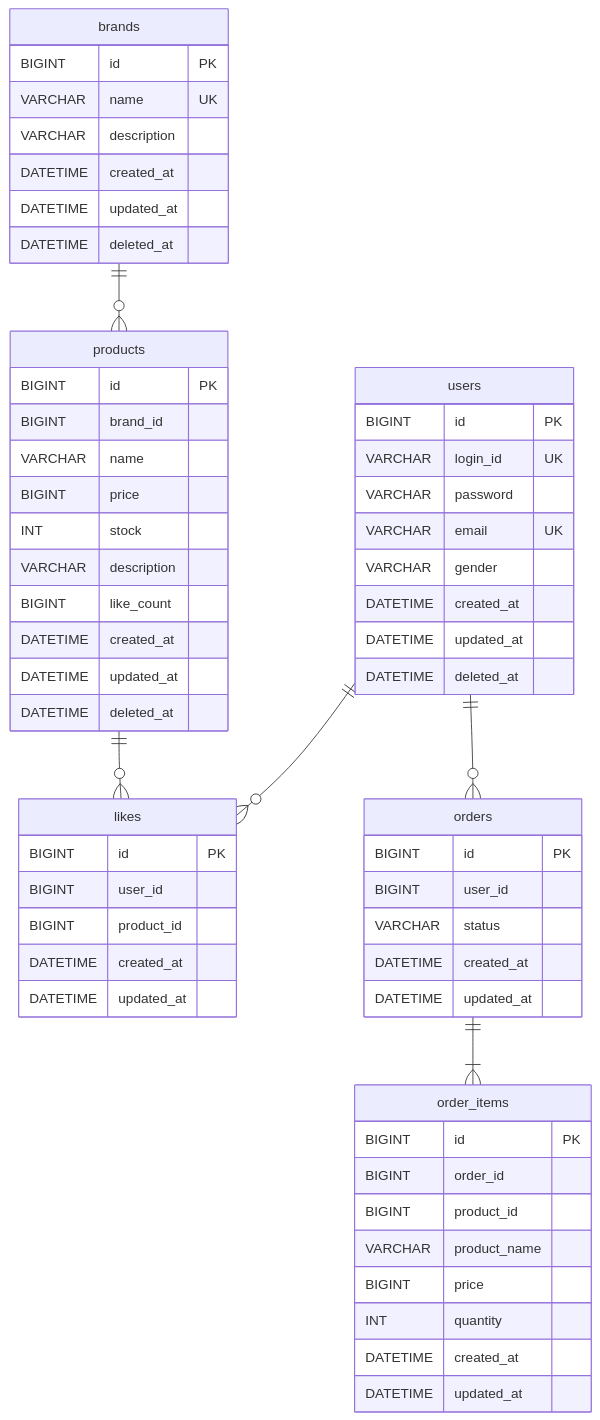
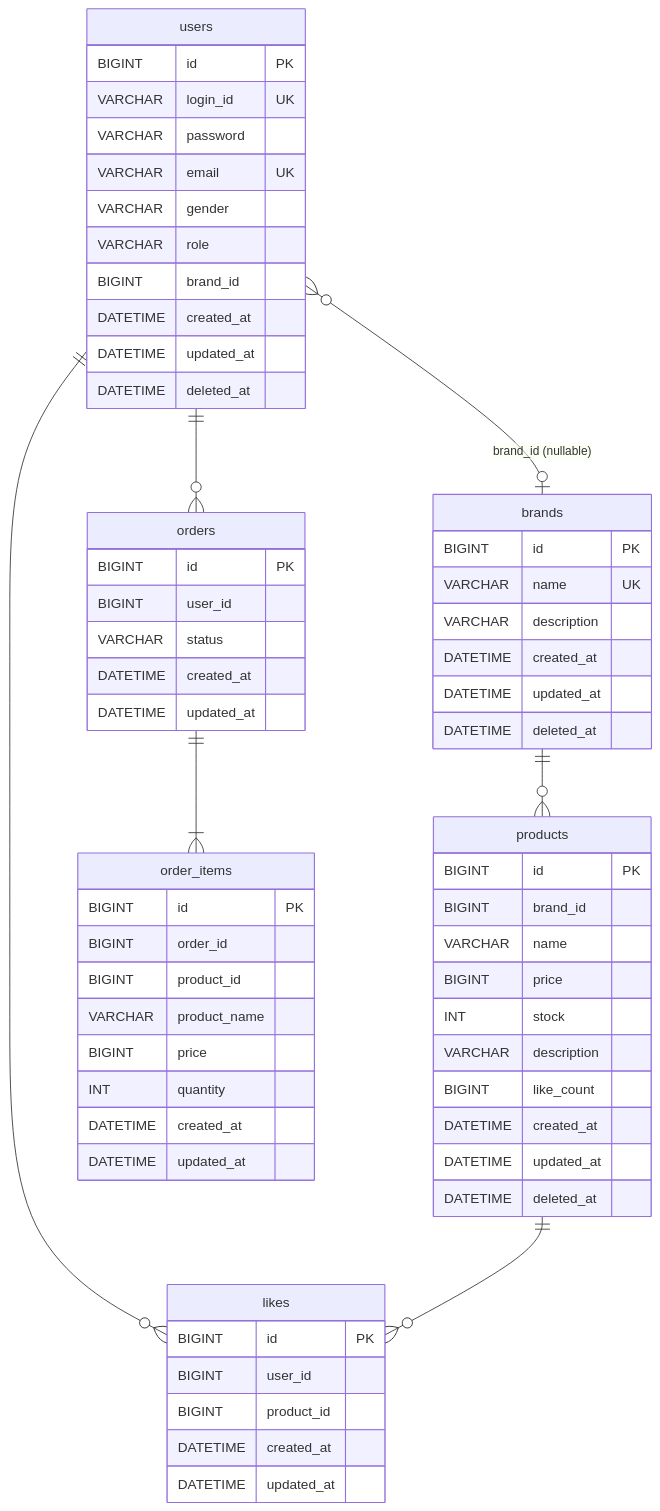
Before and after one commit to loopers-labs/loop-pack-be-l2-vol4-java: the diagram in .docs/design/04-erd.md, drawn with Mermaid. The commit also changed other lines of this file and 3 other files, not shown here.

````diff
--- a/.docs/design/04-erd.md
+++ b/.docs/design/04-erd.md
@@ -5,68 +5,71 @@
 ```mermaid
 erDiagram
     users {
         BIGINT id PK
         VARCHAR login_id UK
         VARCHAR password
         VARCHAR email UK
         VARCHAR gender
+        VARCHAR role
+        BIGINT brand_id
         DATETIME created_at
         DATETIME updated_at
         DATETIME deleted_at
     }
 
     brands {
         BIGINT id PK
         VARCHAR name UK
         VARCHAR description
         DATETIME created_at
         DATETIME updated_at
         DATETIME deleted_at
     }
 
     products {
         BIGINT id PK
         BIGINT brand_id
         VARCHAR name
         BIGINT price
         INT stock
         VARCHAR description
         BIGINT like_count
         DATETIME created_at
         DATETIME updated_at
         DATETIME deleted_at
     }
 
     likes {
         BIGINT id PK
         BIGINT user_id
         BIGINT product_id
         DATETIME created_at
         DATETIME updated_at
     }
 
     orders {
         BIGINT id PK
         BIGINT user_id
         VARCHAR status
         DATETIME created_at
         DATETIME updated_at
     }
 
     order_items {
         BIGINT id PK
         BIGINT order_id
         BIGINT product_id
         VARCHAR product_name
         BIGINT price
         INT quantity
         DATETIME created_at
         DATETIME updated_at
     }
 
+    users }o--o| brands : "brand_id (nullable)"
     users ||--o{ likes : ""
     users ||--o{ orders : ""
     brands ||--o{ products : ""
     products ||--o{ likes : ""
     orders ||--|{ order_items : ""
 ```
````
